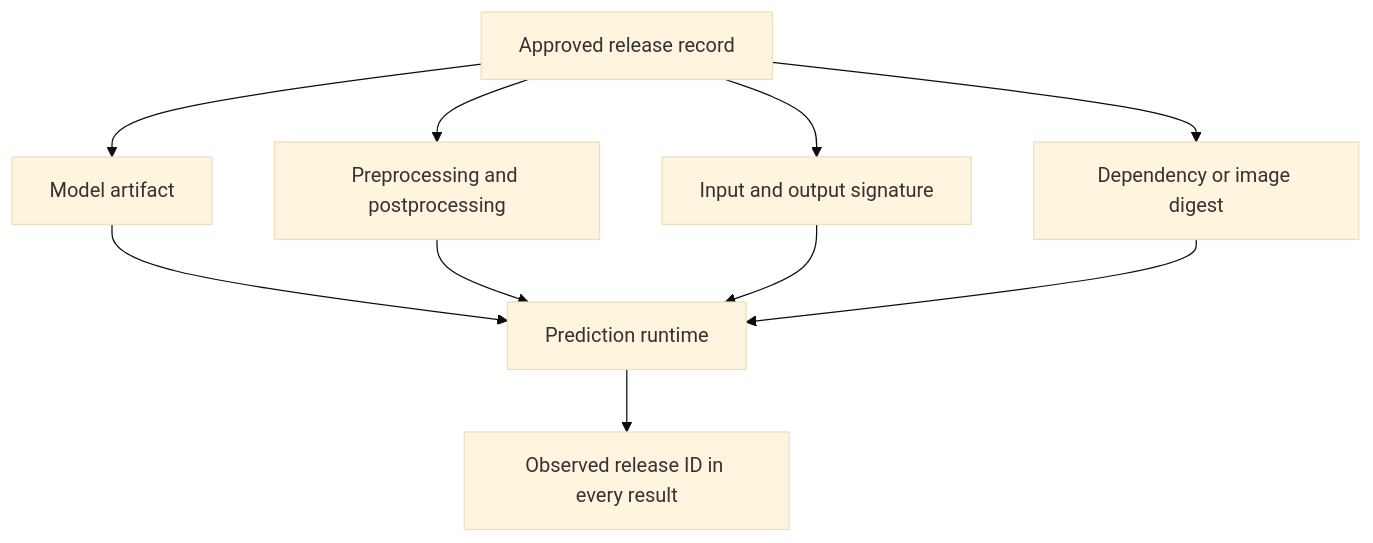
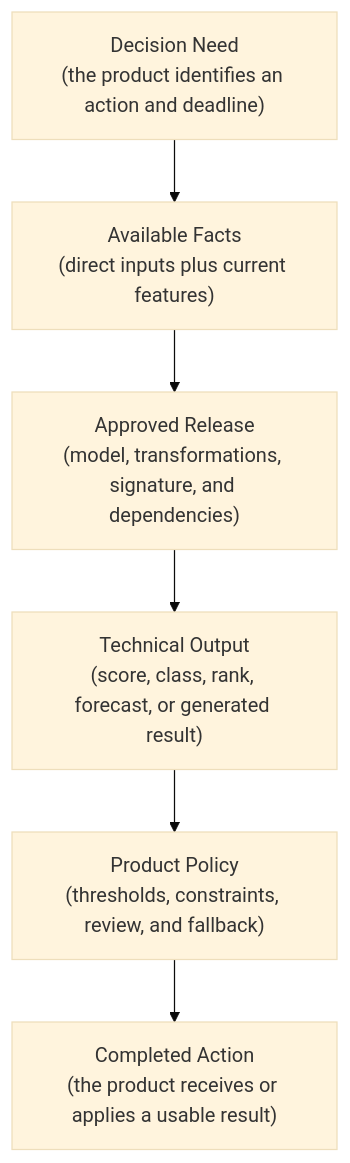
The second of 6 diagrams in roadmaps/mlops/modules/mlops-foundations/architecture-basics/03-prediction-delivery-in-an-mlops-architecture.md (senlinyy/dev-roadmaps), drawn with Mermaid (base theme) before and after one commit. The commit also changed other lines of this file and 152 other files, not shown here.

Commit message:
feat: mlops and diagrams updated

````diff
--- a/roadmaps/mlops/modules/mlops-foundations/architecture-basics/03-prediction-delivery-in-an-mlops-architecture.md
+++ b/roadmaps/mlops/modules/mlops-foundations/architecture-basics/03-prediction-delivery-in-an-mlops-architecture.md
@@ -169,12 +148,8 @@
 ```mermaid
 flowchart TD
-    A["Approved release record"] --> B["Model artifact"]
-    A --> C["Preprocessing and postprocessing"]
-    A --> D["Input and output signature"]
-    A --> E["Dependency or image digest"]
-    B --> F["Prediction runtime"]
-    C --> F
-    D --> F
-    E --> F
-    F --> G["Observed release ID in every result"]
+    A["Decision Need<br/>(the product identifies an action and deadline)"] --> B["Available Facts<br/>(direct inputs plus current features)"]
+    B --> C["Approved Release<br/>(model, transformations, signature, and dependencies)"]
+    C --> D["Technical Output<br/>(score, class, rank, forecast, or generated result)"]
+    D --> E["Product Policy<br/>(thresholds, constraints, review, and fallback)"]
+    E --> F["Completed Action<br/>(the product receives or applies a usable result)"]
 ```
````
